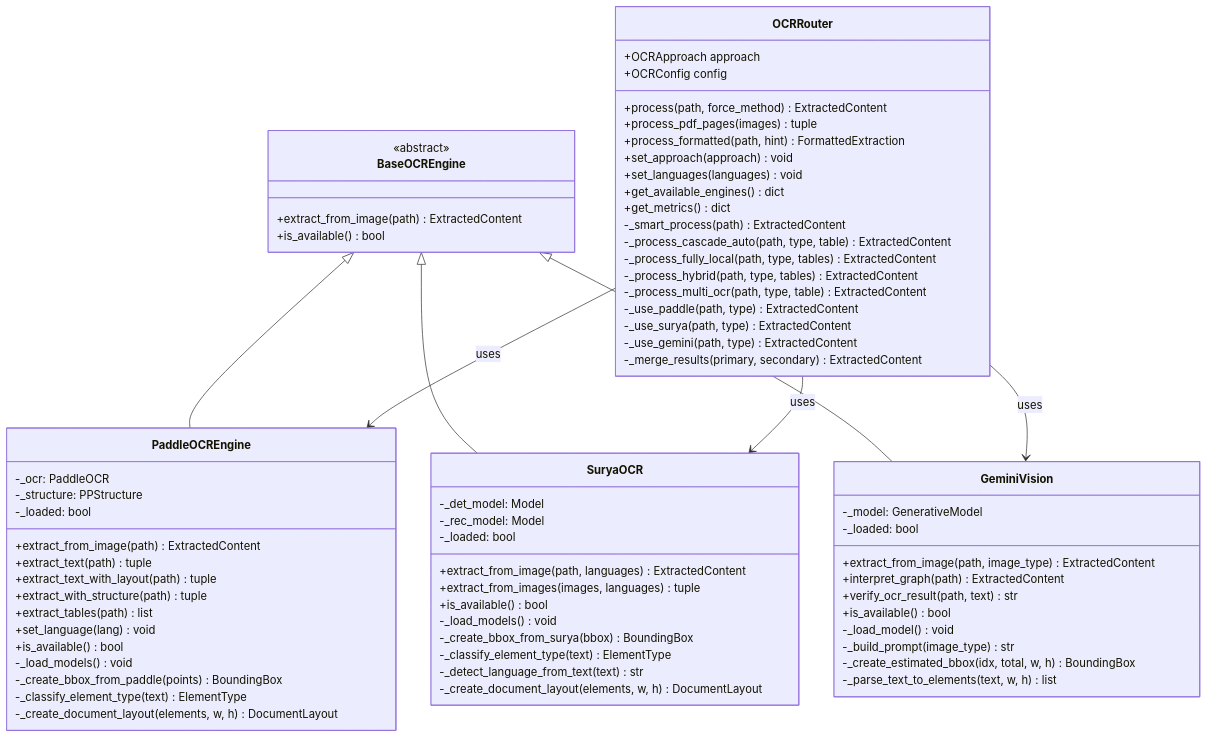
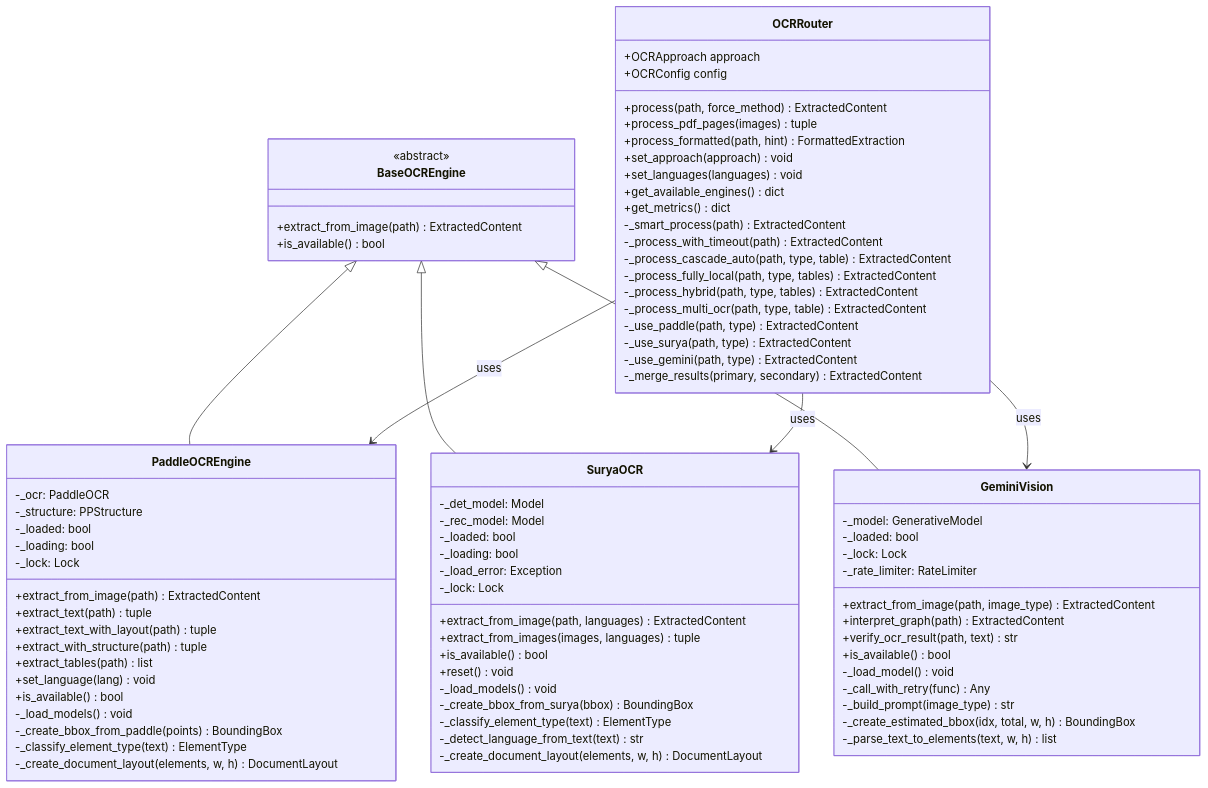
One commit to manumishra-zm/execution_plan changed the seventh of 22 diagrams in ocr_plan/upload_ocr.md. Above: the diagram before and after it, drawn with Mermaid. The commit also changed other lines of this file, not shown here.

```diff
--- a/ocr_plan/upload_ocr.md
+++ b/ocr_plan/upload_ocr.md
@@ -834,6 +873,8 @@
         -_ocr: PaddleOCR
         -_structure: PPStructure
         -_loaded: bool
+        -_loading: bool
+        -_lock: Lock
         +extract_from_image(path) ExtractedContent
         +extract_text(path) tuple
         +extract_text_with_layout(path) tuple
@@ -851,9 +892,13 @@
         -_det_model: Model
         -_rec_model: Model
         -_loaded: bool
+        -_loading: bool
+        -_load_error: Exception
+        -_lock: Lock
         +extract_from_image(path, languages) ExtractedContent
         +extract_from_images(images, languages) tuple
         +is_available() bool
+        +reset() void
         -_load_models() void
         -_create_bbox_from_surya(bbox) BoundingBox
         -_classify_element_type(text) ElementType
@@ -864,11 +909,14 @@
     class GeminiVision {
         -_model: GenerativeModel
         -_loaded: bool
+        -_lock: Lock
+        -_rate_limiter: RateLimiter
         +extract_from_image(path, image_type) ExtractedContent
         +interpret_graph(path) ExtractedContent
         +verify_ocr_result(path, text) str
         +is_available() bool
         -_load_model() void
+        -_call_with_retry(func) Any
         -_build_prompt(image_type) str
         -_create_estimated_bbox(idx, total, w, h) BoundingBox
         -_parse_text_to_elements(text, w, h) list
@@ -885,6 +933,7 @@
         +get_available_engines() dict
         +get_metrics() dict
         -_smart_process(path) ExtractedContent
+        -_process_with_timeout(path) ExtractedContent
         -_process_cascade_auto(path, type, table) ExtractedContent
         -_process_fully_local(path, type, tables) ExtractedContent
         -_process_hybrid(path, type, tables) ExtractedContent
```
